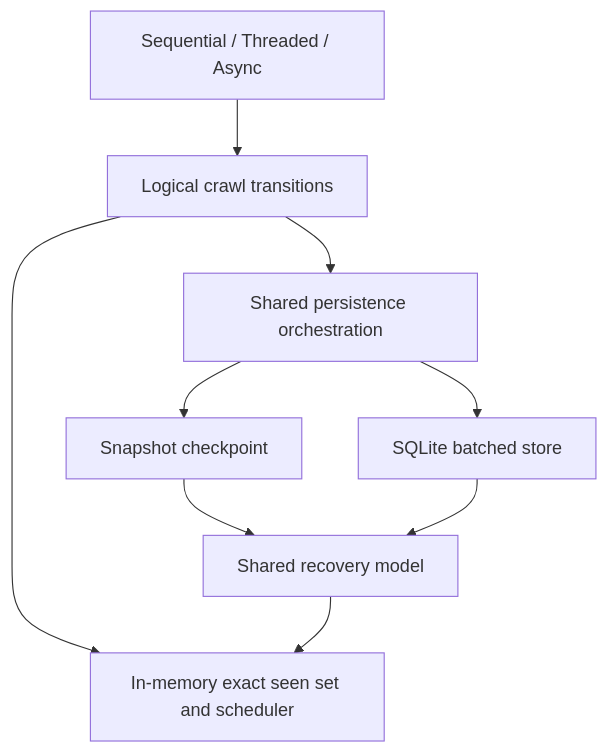
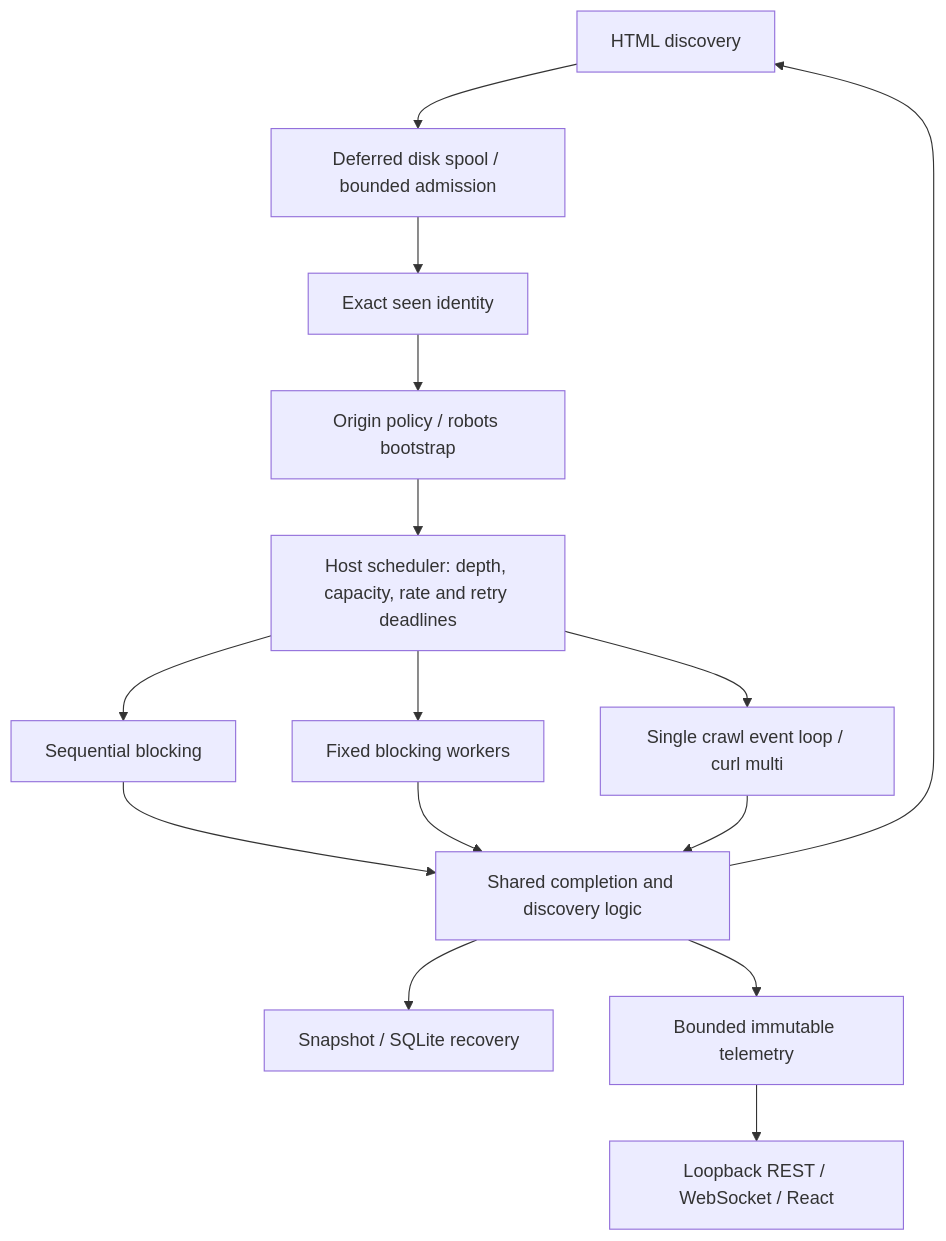
Before and after one commit to bhumi6633/flux-crawl: the diagram in README.md, drawn with Mermaid. The commit also changed other lines of this file and 3 other files, not shown here.

````diff
--- a/README.md
+++ b/README.md
@@ -1005,11 +79,17 @@
 ```mermaid
 flowchart TD
-  E[Sequential / Threaded / Async] --> L[Logical crawl transitions]
-  L --> H[In-memory exact seen set and scheduler]
-  L --> P[Shared persistence orchestration]
-  P --> S[Snapshot checkpoint]
-  P --> D[SQLite batched store]
-  S --> R[Shared recovery model]
-  D --> R
-  R --> H
+    H[HTML discovery] --> D[Deferred disk spool / bounded admission]
+    D --> E[Exact seen identity]
+    E --> P[Origin policy / robots bootstrap]
+    P --> S[Host scheduler: depth, capacity, rate and retry deadlines]
+    S --> Q[Sequential blocking]
+    S --> T[Fixed blocking workers]
+    S --> A[Single crawl event loop / curl multi]
+    Q --> C[Shared completion and discovery logic]
+    T --> C
+    A --> C
+    C --> H
+    C --> R[Snapshot / SQLite recovery]
+    C --> M[Bounded immutable telemetry]
+    M --> W[Loopback REST / WebSocket / React]
 ```
````
